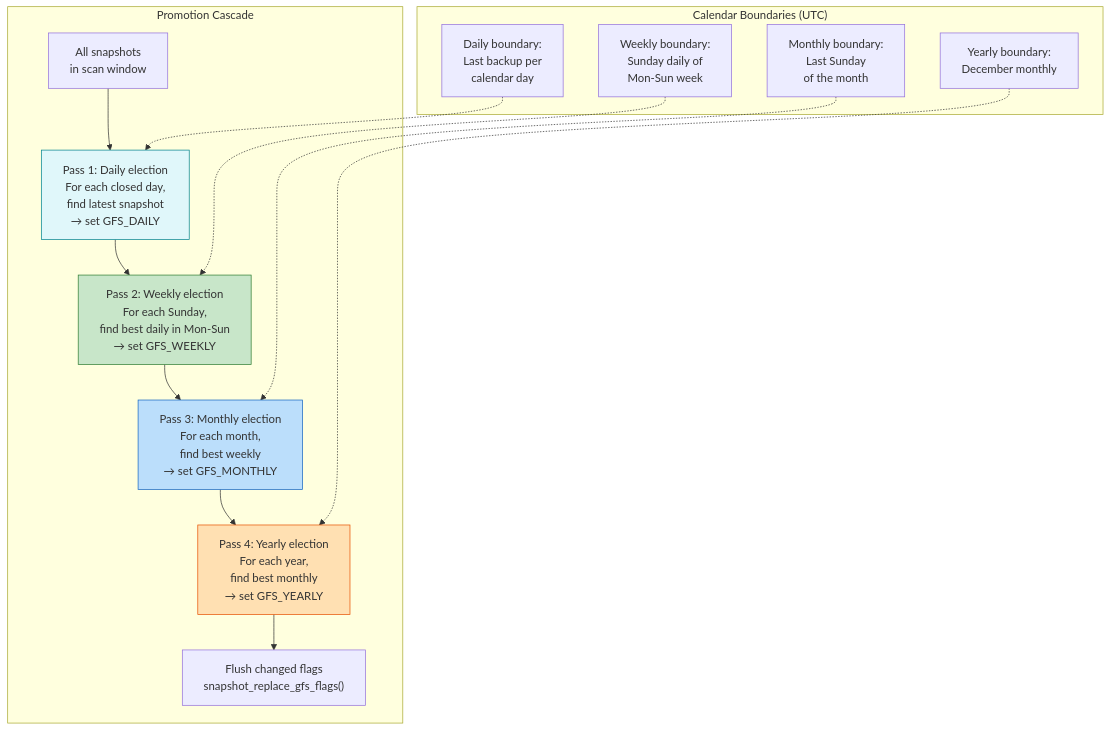
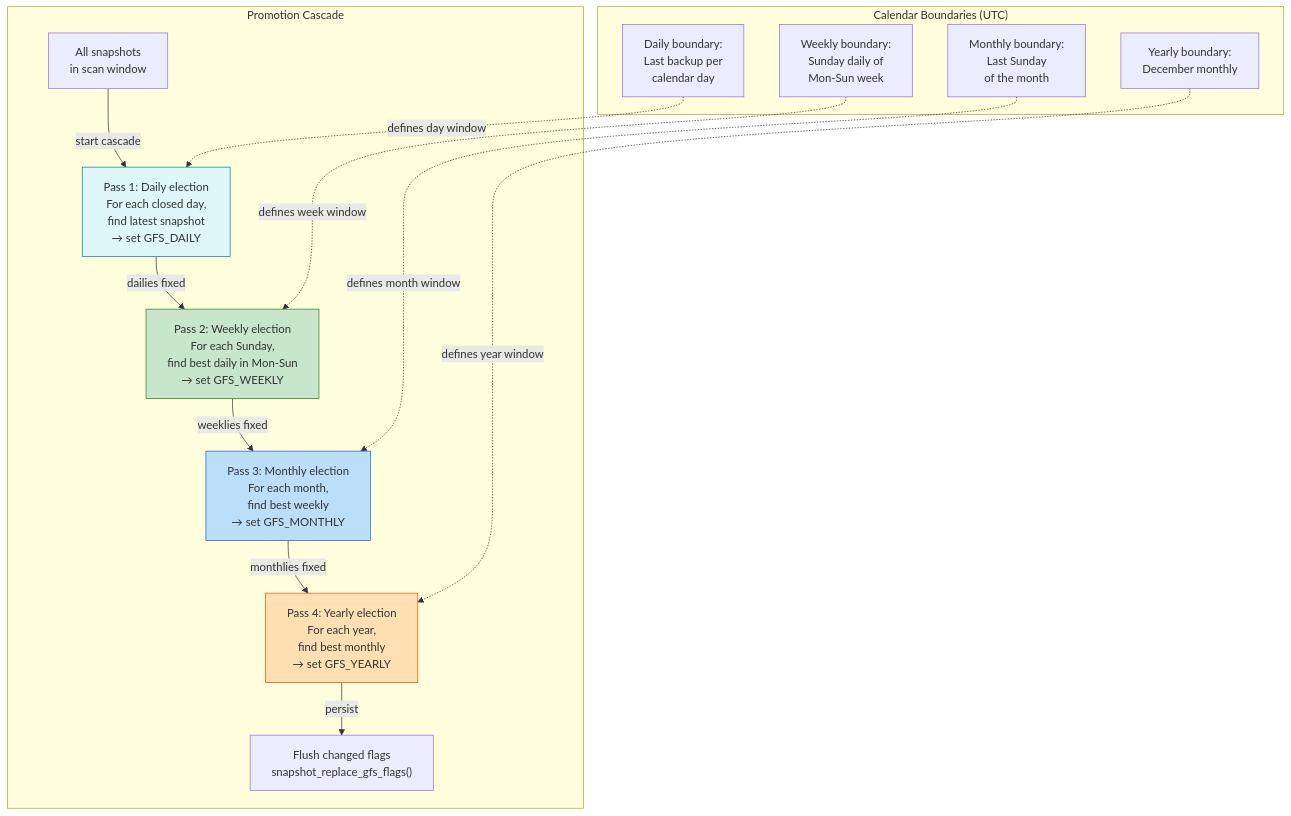
Before and after one commit to vifair22/c-backup: the first of 2 diagrams in diagrams/04-gfs-promotion-prune.md, drawn with Mermaid. The commit also changed 11 other files, not shown here.

````diff
--- a/diagrams/04-gfs-promotion-prune.md
+++ b/diagrams/04-gfs-promotion-prune.md
@@ -7,35 +7,35 @@
 ```mermaid
 flowchart TD
     subgraph "Calendar Boundaries (UTC)"
         DAY["Daily boundary:<br/>Last backup per<br/>calendar day"]
         WEEK["Weekly boundary:<br/>Sunday daily of<br/>Mon-Sun week"]
         MONTH["Monthly boundary:<br/>Last Sunday<br/>of the month"]
         YEAR["Yearly boundary:<br/>December monthly"]
     end
 
     subgraph "Promotion Cascade"
         SNAP["All snapshots<br/>in scan window"]
         
         P1["Pass 1: Daily election<br/>For each closed day,<br/>find latest snapshot<br/>→ set GFS_DAILY"]
         
         P2["Pass 2: Weekly election<br/>For each Sunday,<br/>find best daily in Mon-Sun<br/>→ set GFS_WEEKLY"]
         
         P3["Pass 3: Monthly election<br/>For each month,<br/>find best weekly<br/>→ set GFS_MONTHLY"]
         
         P4["Pass 4: Yearly election<br/>For each year,<br/>find best monthly<br/>→ set GFS_YEARLY"]
         
         FLUSH["Flush changed flags<br/>snapshot_replace_gfs_flags()"]
     end
 
-    SNAP --> P1 --> P2 --> P3 --> P4 --> FLUSH
+    SNAP -->|start cascade| P1 -->|dailies fixed| P2 -->|weeklies fixed| P3 -->|monthlies fixed| P4 -->|persist| FLUSH
 
-    DAY -.-> P1
-    WEEK -.-> P2
-    MONTH -.-> P3
-    YEAR -.-> P4
+    DAY -.->|defines day window| P1
+    WEEK -.->|defines week window| P2
+    MONTH -.->|defines month window| P3
+    YEAR -.->|defines year window| P4
 
     style P1 fill:#e0f7fa,stroke:#00838f
     style P2 fill:#c8e6c9,stroke:#2e7d32
     style P3 fill:#bbdefb,stroke:#1565c0
     style P4 fill:#ffe0b2,stroke:#e65100
 ```
````
